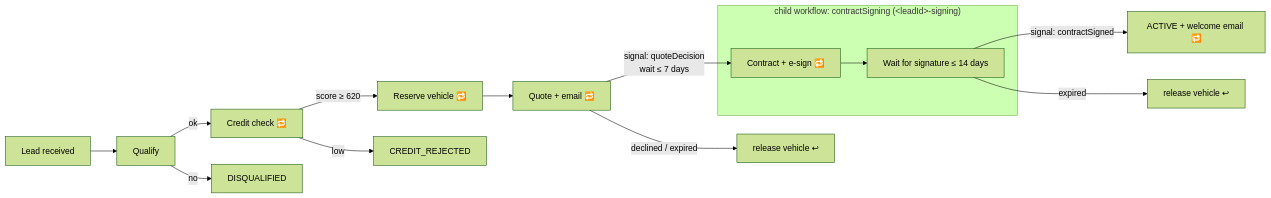
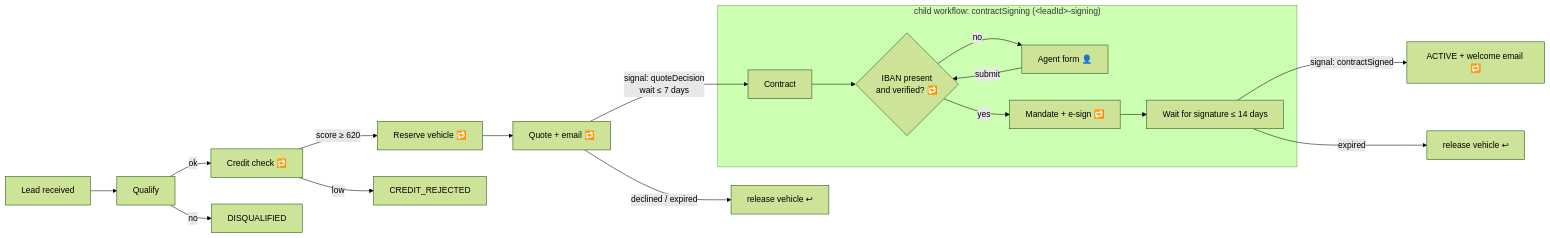
The diagram in README.md (JesseSchlienkamp/temporal-lease-poc), drawn with Mermaid (forest theme) before and after one commit. The commit also changed other lines of this file and 15 other files, not shown here.

First line of the commit message:
feat: collect a missing or invalid IBAN through an agent form

````diff
--- a/README.md
+++ b/README.md
@@ -8,16 +8,19 @@
 ```mermaid
 flowchart LR
   A[Lead received] --> B[Qualify]
   B -->|ok| C[Credit check 🔁]
   B -->|no| X1[DISQUALIFIED]
   C -->|score ≥ 620| D[Reserve vehicle 🔁]
   C -->|low| X2[CREDIT_REJECTED]
   D --> E[Quote + email 🔁]
   E -->|declined / expired| X3[release vehicle ↩]
   subgraph child["child workflow: contractSigning (&lt;leadId&gt;-signing)"]
-    F[Contract + e-sign 🔁] --> F2[Wait for signature ≤ 14 days]
+    F[Contract] --> P{IBAN present<br/>and verified? 🔁}
+    P -->|no| AG[Agent form 👤]
+    AG -->|submit| P
+    P -->|yes| F1[Mandate + e-sign 🔁] --> F2[Wait for signature ≤ 14 days]
   end
   E -->|signal: quoteDecision<br/>wait ≤ 7 days| F
   F2 -->|signal: contractSigned| G[ACTIVE + welcome email 🔁]
   F2 -->|expired| X4[release vehicle ↩]
 ```
````
